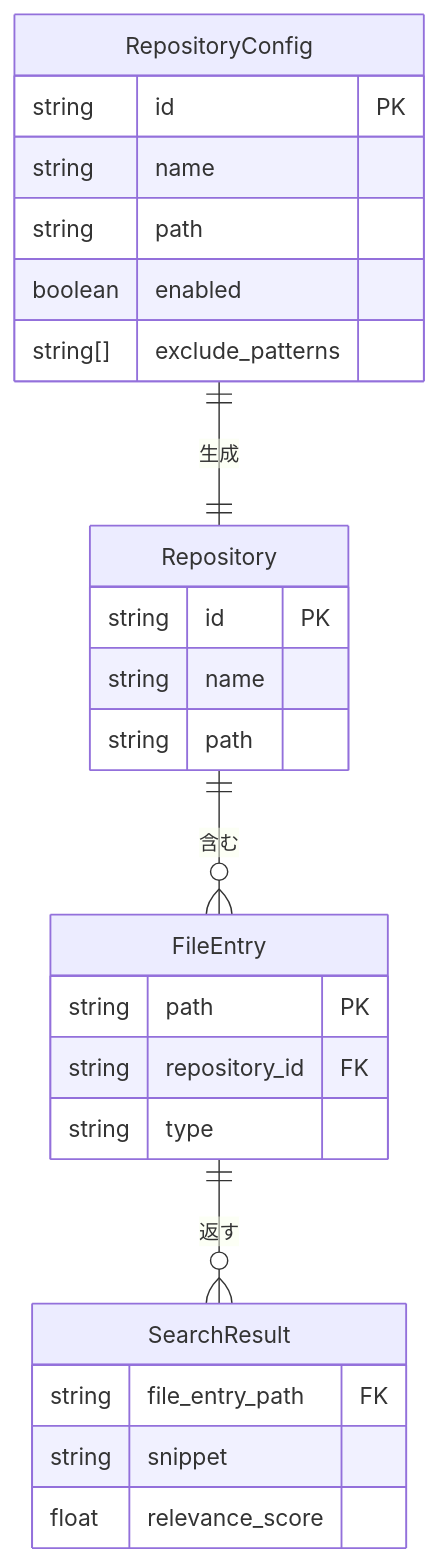
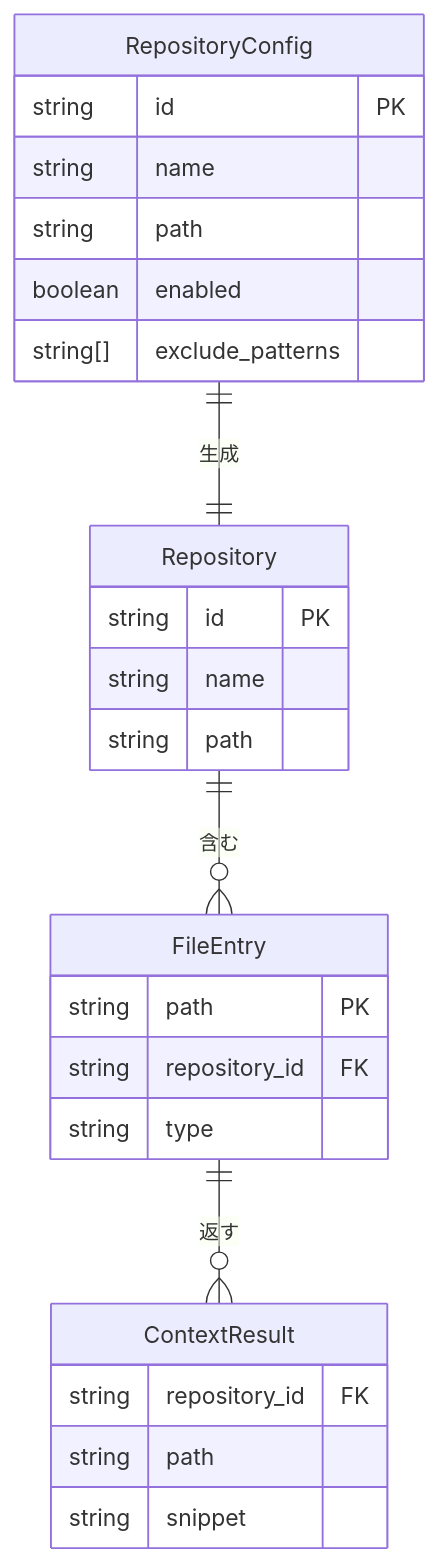
The second of 2 diagrams in docs/design.md (HatoriIchigo/repo-bridge-mcp), drawn with Mermaid before and after one commit. The commit also changed other lines of this file and 2 other files, not shown here.

````diff
--- a/docs/design.md
+++ b/docs/design.md
@@ -68,29 +68,29 @@
 ```mermaid
 erDiagram
   RepositoryConfig {
     string id PK
     string name
     string path
     boolean enabled
     string[] exclude_patterns
   }
   Repository {
     string id PK
     string name
     string path
   }
   FileEntry {
     string path PK
     string repository_id FK
     string type
   }
-  SearchResult {
-    string file_entry_path FK
+  ContextResult {
+    string repository_id FK
+    string path
     string snippet
-    float relevance_score
   }
 
   RepositoryConfig ||--|| Repository : "生成"
   Repository ||--o{ FileEntry : "含む"
-  FileEntry ||--o{ SearchResult : "返す"
+  FileEntry ||--o{ ContextResult : "返す"
 ```
````
